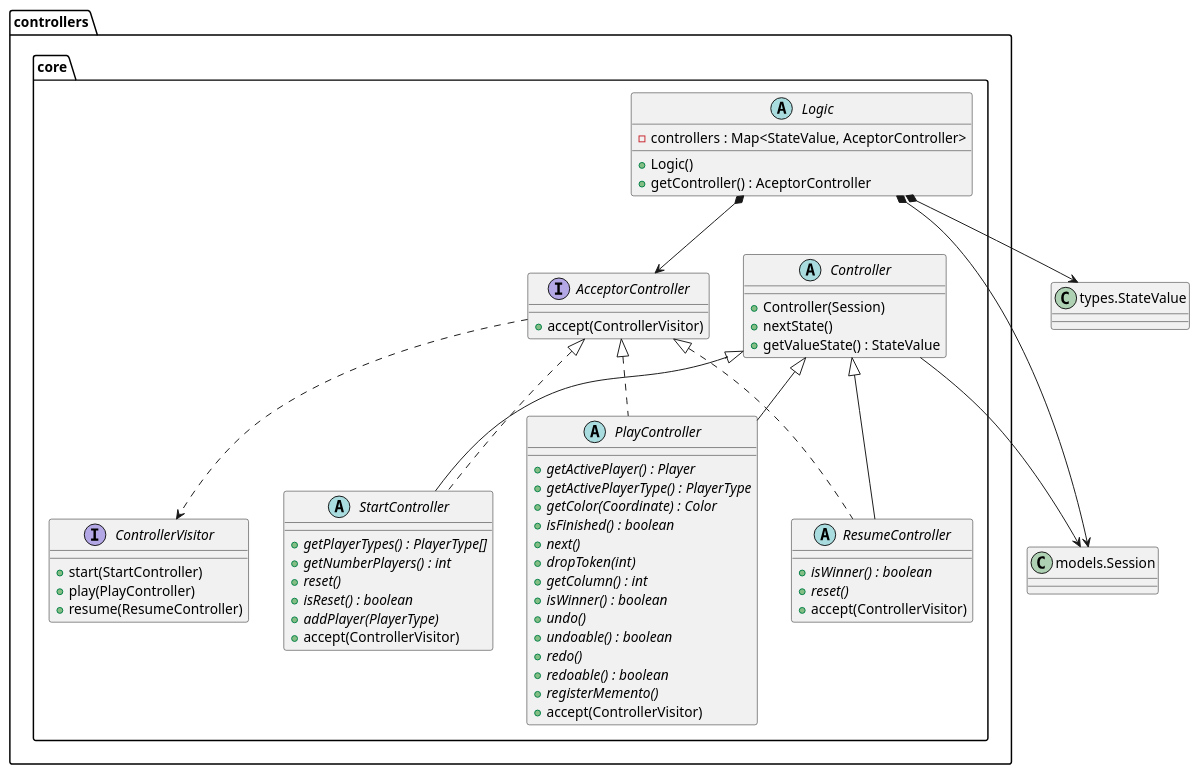
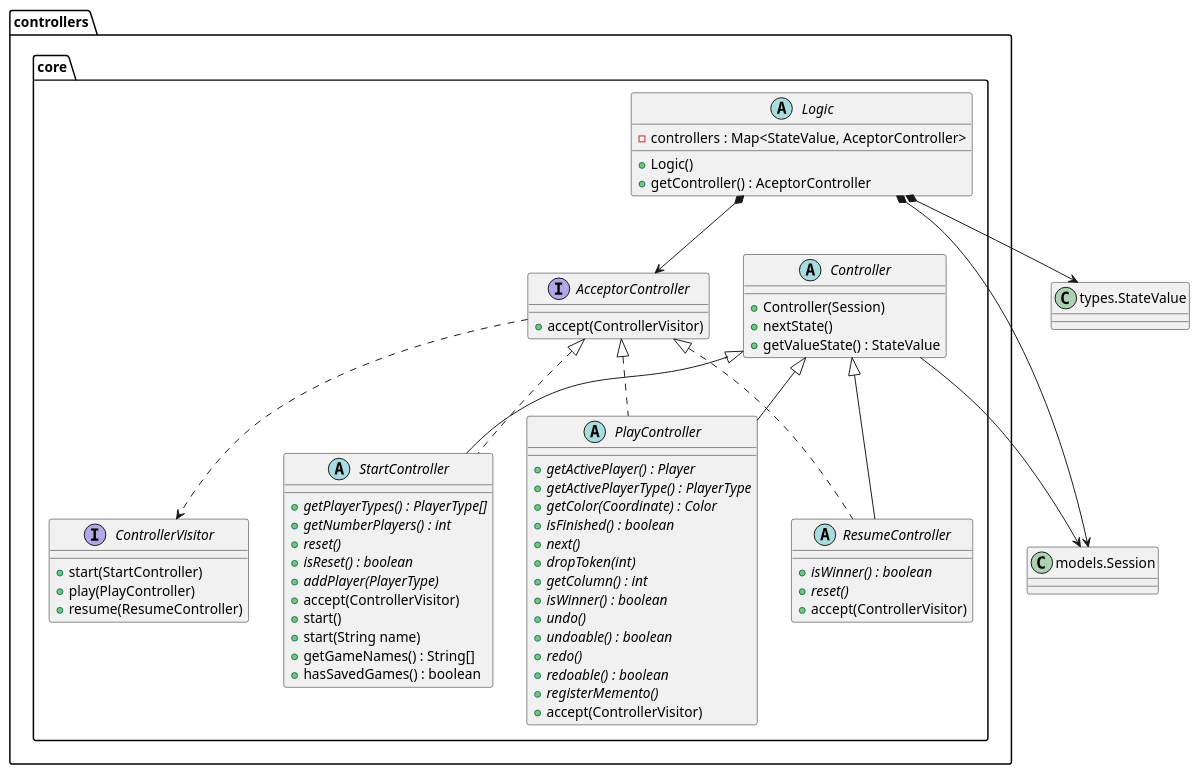
Before and after one commit to js-rom/connect4: the diagram in connect4/Docs/diagrams/src/packages/connect4.connect4.controllers.core.plantuml, drawn with PlantUML. The commit also changed 12 other files, not shown here.

```diff
--- a/connect4/Docs/diagrams/src/packages/connect4.connect4.controllers.core.plantuml
+++ b/connect4/Docs/diagrams/src/packages/connect4.connect4.controllers.core.plantuml
@@ -1,75 +1,79 @@
 @startuml connect4.connect4.controllers.core
 
 interface controllers.core.AcceptorController {
     +accept(ControllerVisitor)
 }
 
 abstract class controllers.core.Logic {
     -controllers : Map<StateValue, AceptorController> 
     +Logic()
     +getController() : AceptorController
 }
 
 abstract class controllers.core.Controller {
     +Controller(Session)
     +nextState()
     +getValueState() : StateValue
 }
 
 abstract class controllers.core.StartController {
 
     + {abstract} getPlayerTypes() : PlayerType[]
     + {abstract} getNumberPlayers() : int
     + {abstract} reset()
     + {abstract} isReset() : boolean
     + {abstract} addPlayer(PlayerType)
     + accept(ControllerVisitor)
+    + start()
+    + start(String name)
+    + getGameNames() : String[]
+    + hasSavedGames() : boolean
 }
 
 interface controllers.core.ControllerVisitor {
     +start(StartController)
     +play(PlayController)
     +resume(ResumeController)
 }
 
 abstract class controllers.core.PlayController{
     + {abstract} getActivePlayer() : Player
     + {abstract} getActivePlayerType() : PlayerType
     + {abstract} getColor(Coordinate) : Color
     + {abstract} isFinished() : boolean
     + {abstract} next()
     + {abstract} dropToken(int)
     + {abstract} getColumn() : int
     + {abstract} isWinner() : boolean
     + {abstract} undo()
     + {abstract} undoable() : boolean
     + {abstract} redo()
     + {abstract} redoable() : boolean
     + {abstract} registerMemento()
     + accept(ControllerVisitor)
 }
 
 abstract class controllers.core.ResumeController{
     + {abstract} isWinner() : boolean
     + {abstract} reset()
     + accept(ControllerVisitor)
 }
 
 class Session as "models.Session"
 class StateValue as "types.StateValue"
 
 AcceptorController ..> ControllerVisitor
 Controller <|-- StartController
 Controller <|-- PlayController
 Controller <|-- ResumeController
 AcceptorController <|.. StartController
 AcceptorController <|.. PlayController
 AcceptorController <|.. ResumeController
 
 Logic *--> Session
 Logic *--> AcceptorController
 Logic *--> StateValue
 
 Controller --> Session
 
 @enduml
```
